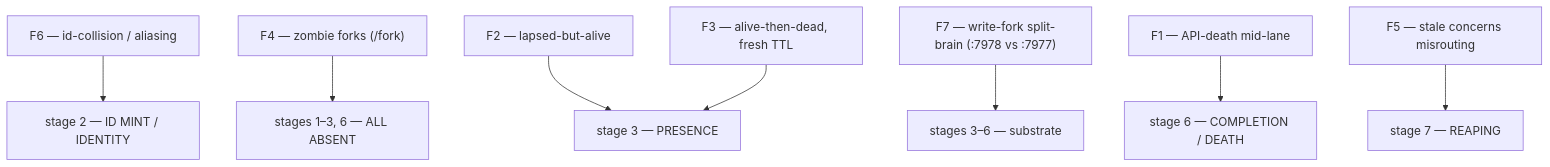
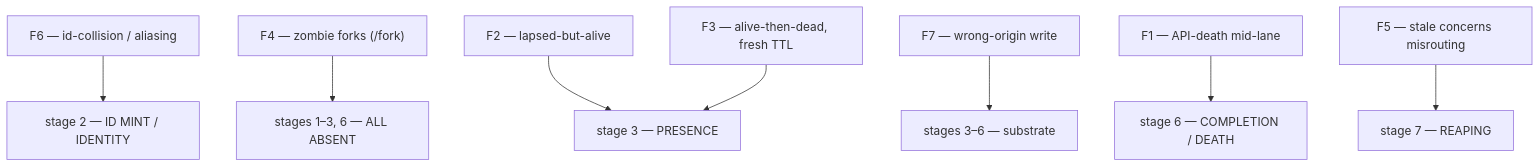
Before and after one commit to tompassarelli/north: the tenth of 10 diagrams in docs/workflow-map.md, drawn with Mermaid. The commit also changed other lines of this file and 6 other files, not shown here.

````diff
--- a/docs/workflow-map.md
+++ b/docs/workflow-map.md
@@ -471,10 +472,10 @@
 ```mermaid
 flowchart TD
     F6["F6 — id-collision / aliasing"] --> S2["stage 2 — ID MINT / IDENTITY"]
     F4["F4 — zombie forks (/fork)"] --> SALL["stages 1–3, 6 — ALL ABSENT"]
     F2["F2 — lapsed-but-alive"] --> S3["stage 3 — PRESENCE"]
     F3["F3 — alive-then-dead, fresh TTL"] --> S3
-    F7["F7 — write-fork split-brain (:7978 vs :7977)"] --> SSUB["stages 3–6 — substrate"]
+    F7["F7 — wrong-origin write"] --> SSUB["stages 3–6 — substrate"]
     F1["F1 — API-death mid-lane"] --> S6["stage 6 — COMPLETION / DEATH"]
     F5["F5 — stale concerns misrouting"] --> S7["stage 7 — REAPING"]
 ```
````
